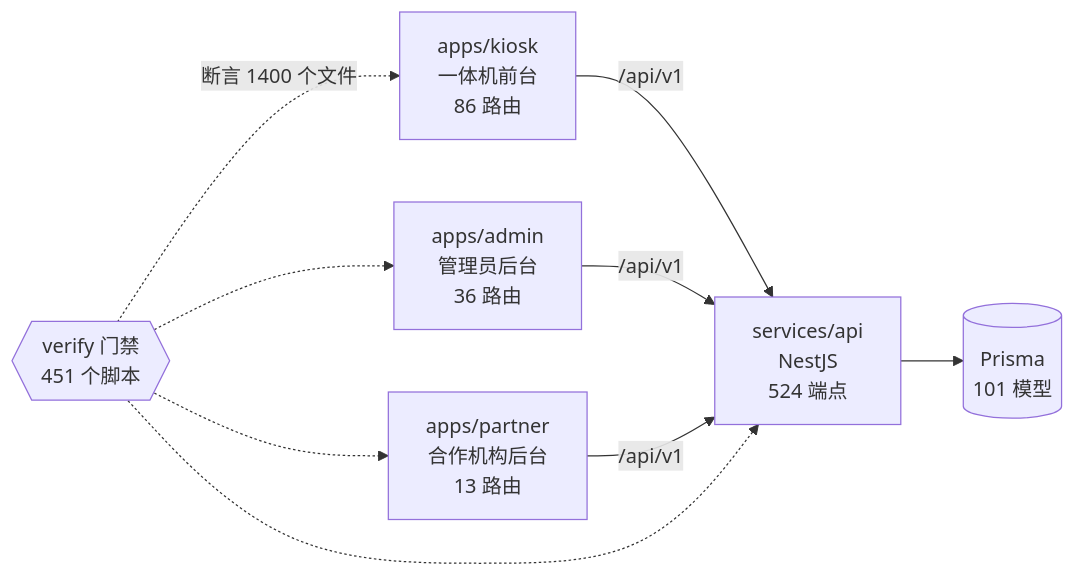
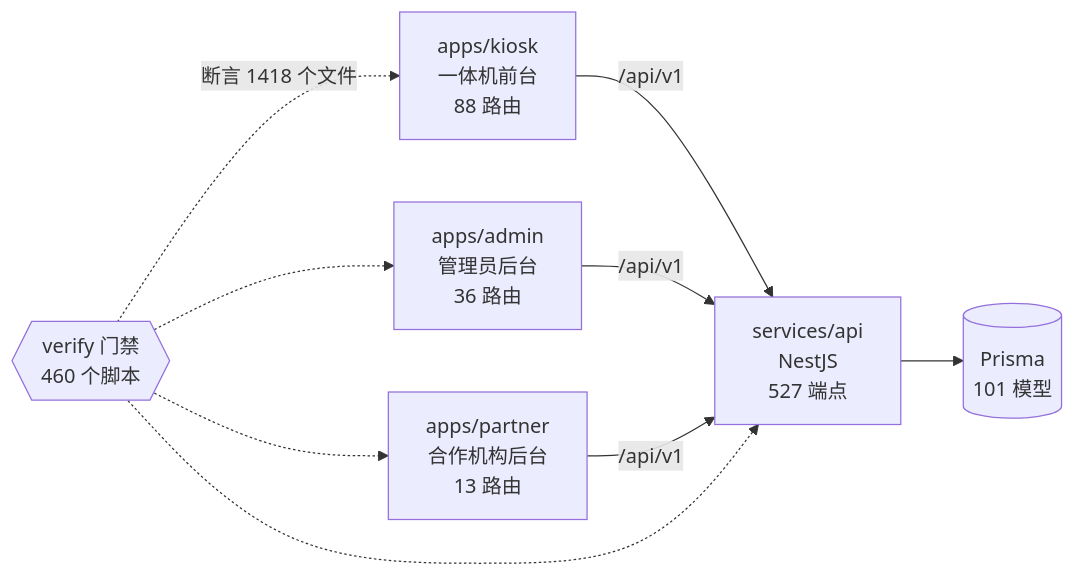
Before and after one commit to wanglei581/YITIJI: the diagram in docs/graph/README.md, drawn with Mermaid. The commit also changed other lines of this file and 6 other files, not shown here.

First line of the commit message:
docs: 记录死页清理并重跑项目图谱

````diff
--- a/docs/graph/README.md
+++ b/docs/graph/README.md
@@ -68,18 +68,18 @@
 ```mermaid
 flowchart LR
-  kiosk["apps/kiosk<br/>一体机前台<br/>86 路由"]
+  kiosk["apps/kiosk<br/>一体机前台<br/>88 路由"]
   admin["apps/admin<br/>管理员后台<br/>36 路由"]
   partner["apps/partner<br/>合作机构后台<br/>13 路由"]
-  api["services/api<br/>NestJS<br/>524 端点"]
+  api["services/api<br/>NestJS<br/>527 端点"]
   db[("Prisma<br/>101 模型")]
-  gates{{"verify 门禁<br/>451 个脚本"}}
+  gates{{"verify 门禁<br/>460 个脚本"}}
 
   kiosk -->|"/api/v1"| api
   admin -->|"/api/v1"| api
   partner -->|"/api/v1"| api
   api --> db
-  gates -.->|"断言 1400 个文件"| kiosk
+  gates -.->|"断言 1418 个文件"| kiosk
   gates -.-> admin
   gates -.-> partner
   gates -.-> api
 ```
````
